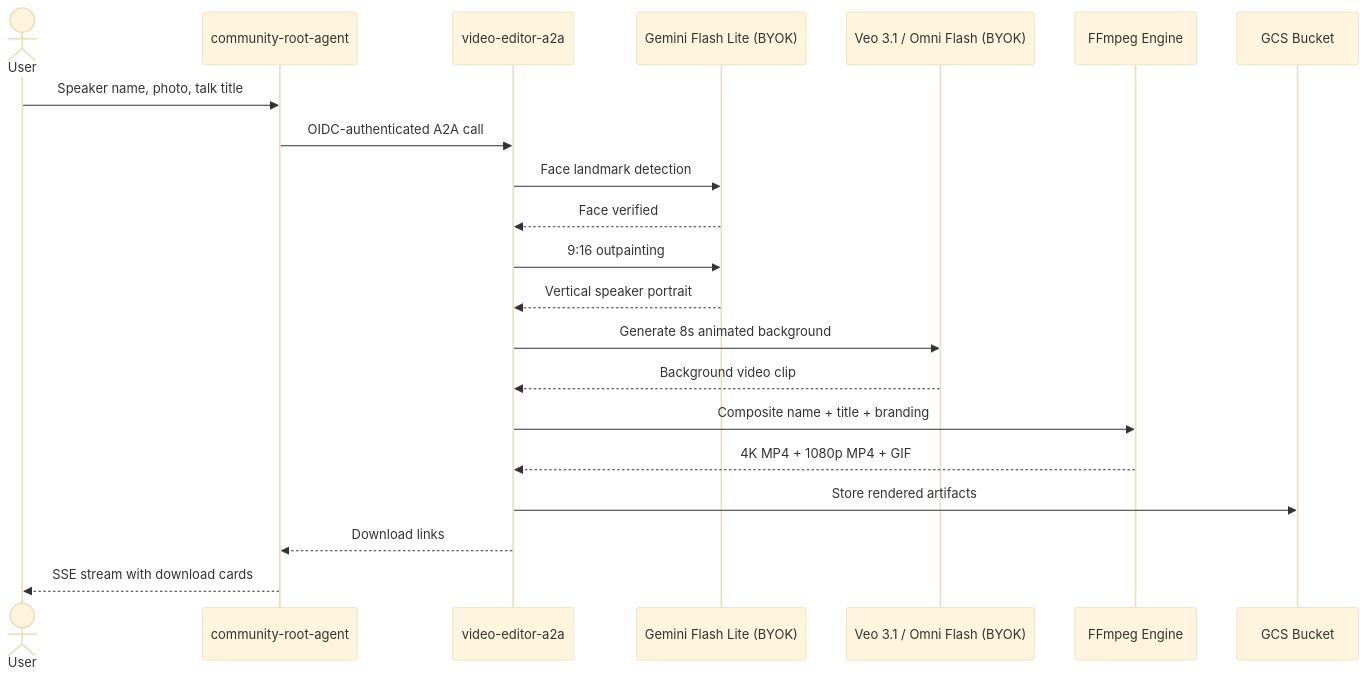
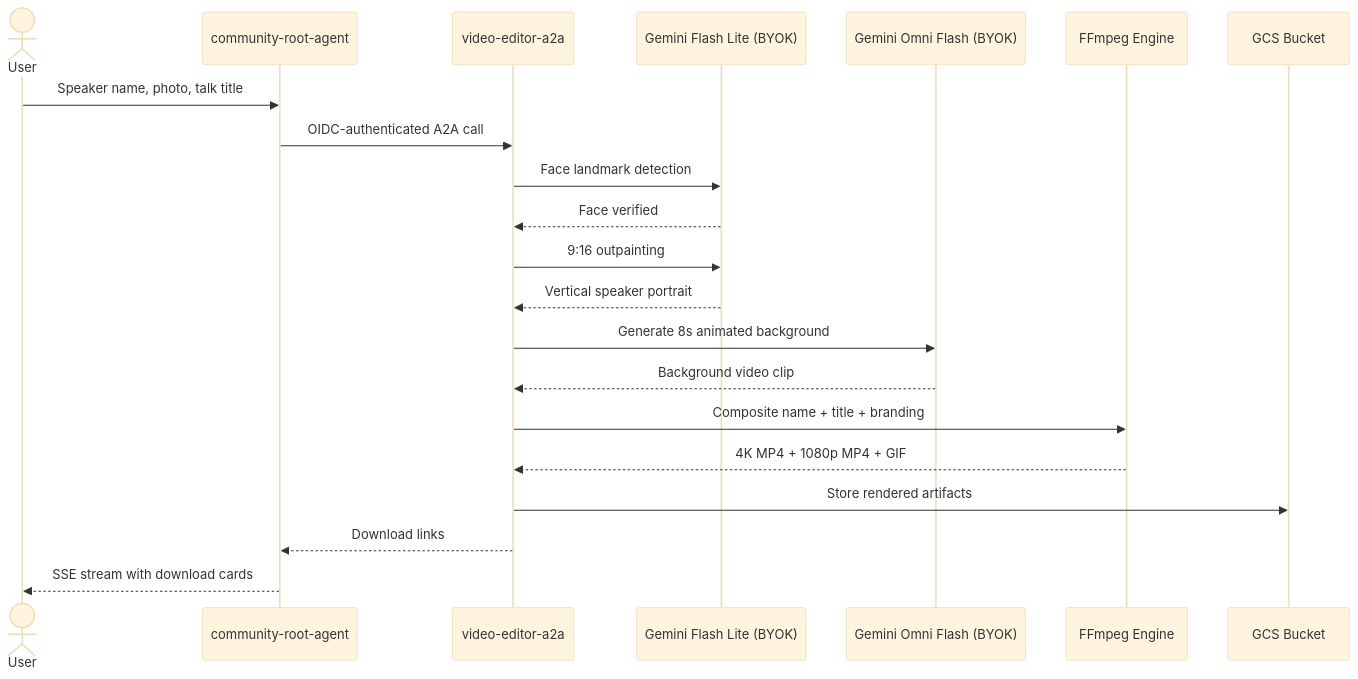
One commit to aplachykau-git/gdg_agents changed the sixth of 7 diagrams in docs/SOLUTION_ARCHITECTURE.md. Above: the diagram before and after it, drawn with Mermaid (base theme). The commit also changed other lines of this file and 22 other files, not shown here.

````diff
--- a/docs/SOLUTION_ARCHITECTURE.md
+++ b/docs/SOLUTION_ARCHITECTURE.md
@@ -237,24 +237,24 @@
 ```mermaid
 sequenceDiagram
     actor User
     participant Root as community-root-agent
     participant Video as video-editor-a2a
     participant Gemini as Gemini Flash Lite (BYOK)
-    participant Veo as Veo 3.1 / Omni Flash (BYOK)
+    participant Omni as Gemini Omni Flash (BYOK)
     participant FFmpeg as FFmpeg Engine
     participant GCS as GCS Bucket
 
     User->>Root: Speaker name, photo, talk title
     Root->>Video: OIDC-authenticated A2A call
     Video->>Gemini: Face landmark detection
     Gemini-->>Video: Face verified
     Video->>Gemini: 9:16 outpainting
     Gemini-->>Video: Vertical speaker portrait
-    Video->>Veo: Generate 8s animated background
-    Veo-->>Video: Background video clip
+    Video->>Omni: Generate 8s animated background
+    Omni-->>Video: Background video clip
     Video->>FFmpeg: Composite name + title + branding
     FFmpeg-->>Video: 4K MP4 + 1080p MP4 + GIF
     Video->>GCS: Store rendered artifacts
     Video-->>Root: Download links
     Root-->>User: SSE stream with download cards
 ```
````
